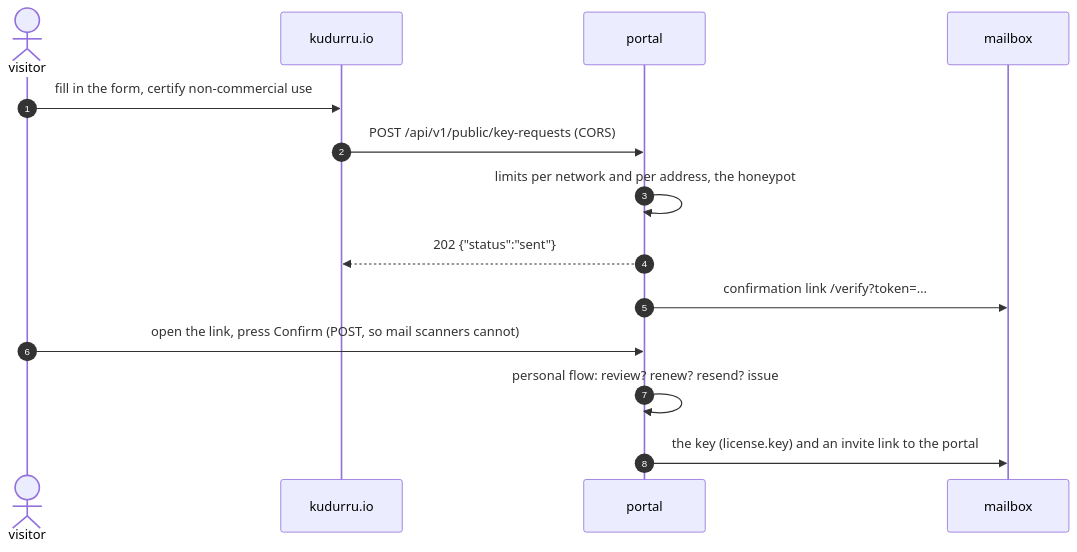
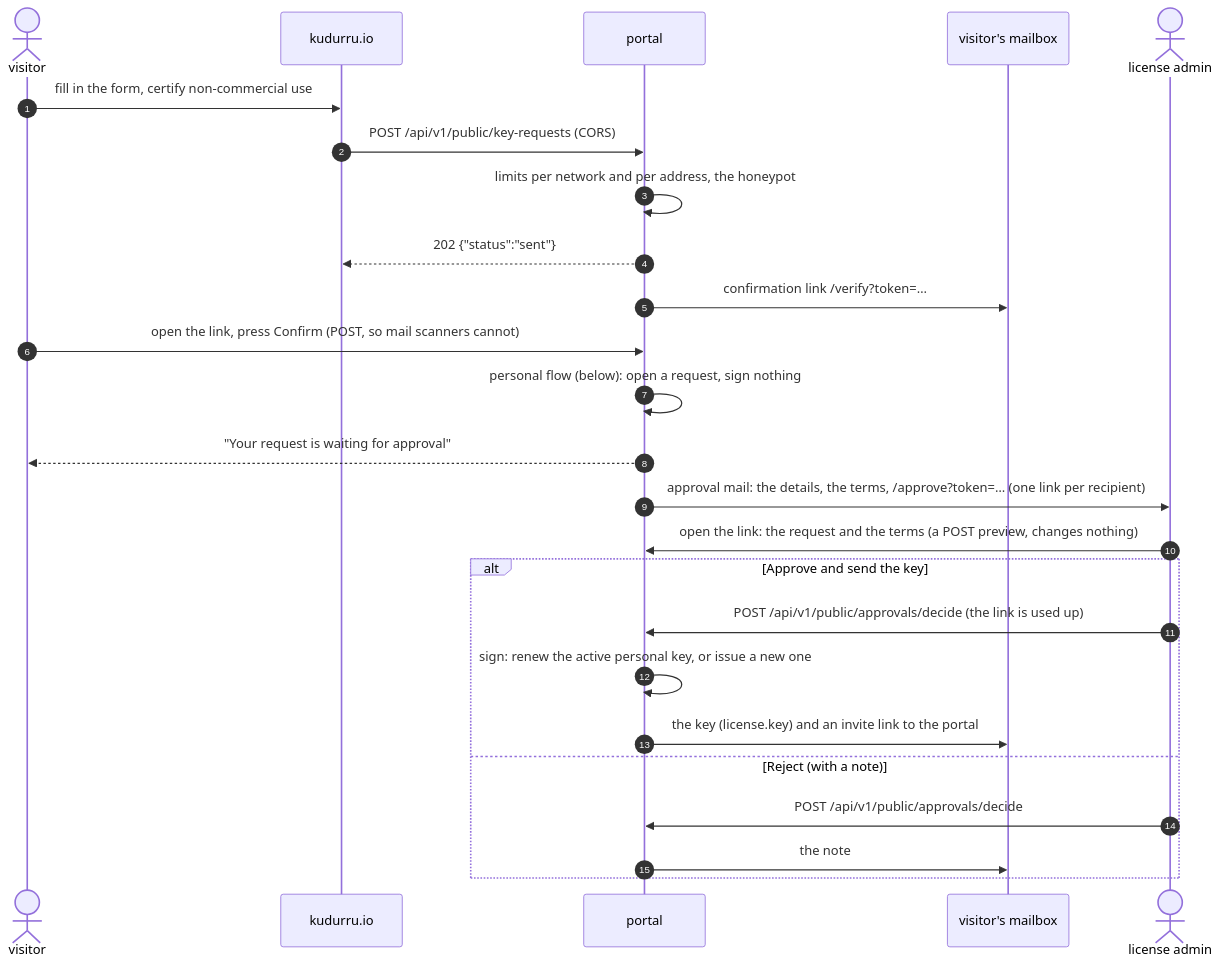
The third of 7 diagrams in license-server/docs/architecture.md (robertherbaugh/kudurru), drawn with Mermaid before and after one commit. The commit also changed other lines of this file and 65 other files, not shown here.

````diff
--- a/license-server/docs/architecture.md
+++ b/license-server/docs/architecture.md
@@ -75,16 +75,27 @@
 ```mermaid
 sequenceDiagram
     autonumber
     actor V as visitor
     participant W as kudurru.io
     participant P as portal
-    participant M as mailbox
+    participant M as visitor's mailbox
+    actor A as license admin
     V->>W: fill in the form, certify non-commercial use
     W->>P: POST /api/v1/public/key-requests (CORS)
     P->>P: limits per network and per address, the honeypot
     P-->>W: 202 {"status":"sent"}
     P->>M: confirmation link /verify?token=…
     V->>P: open the link, press Confirm (POST, so mail scanners cannot)
-    P->>P: personal flow: review? renew? resend? issue
-    P->>M: the key (license.key) and an invite link to the portal
+    P->>P: personal flow (below): open a request, sign nothing
+    P-->>V: "Your request is waiting for approval"
+    P->>A: approval mail: the details, the terms, /approve?token=… (one link per recipient)
+    A->>P: open the link: the request and the terms (a POST preview, changes nothing)
+    alt Approve and send the key
+        A->>P: POST /api/v1/public/approvals/decide (the link is used up)
+        P->>P: sign: renew the active personal key, or issue a new one
+        P->>M: the key (license.key) and an invite link to the portal
+    else Reject (with a note)
+        A->>P: POST /api/v1/public/approvals/decide
+        P->>M: the note
+    end
 ```
````
